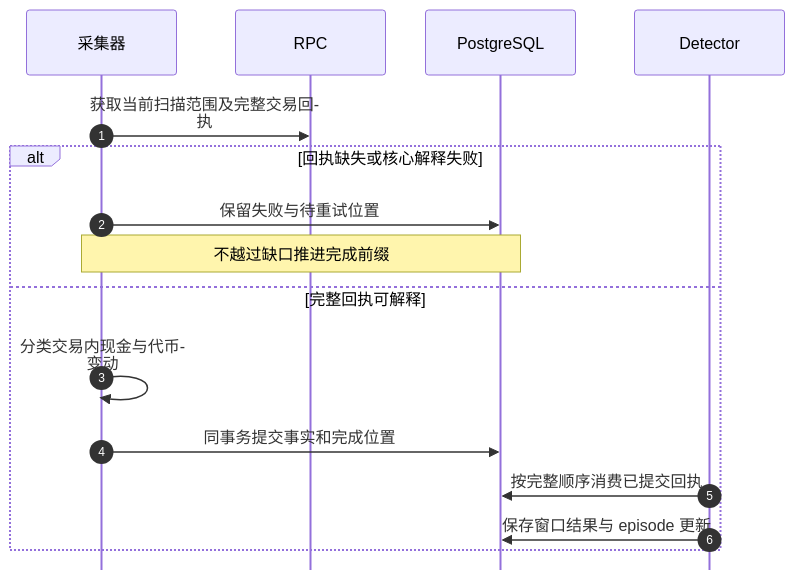
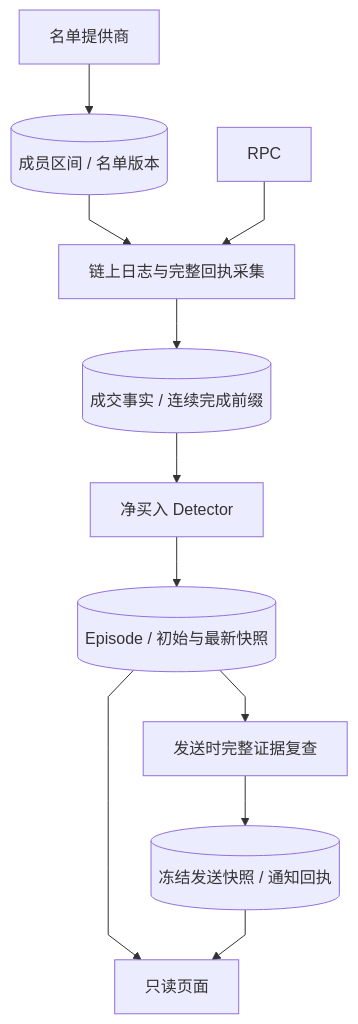
One commit to AnalyThothAI/tracefold changed the diagram in docs/modules/wallets.md. Above: the diagram before and after it, drawn with Mermaid. The commit also changed other lines of this file and 46 other files, not shown here.

Commit message:
docs: align handbook with current architecture and remove obsolete materials

````diff
--- a/docs/modules/wallets.md
+++ b/docs/modules/wallets.md
@@ -96,29 +17,21 @@
 ```mermaid
 ---
 config:
   fontFamily: "system-ui, Noto Sans CJK SC, Microsoft YaHei, WenQuanYi Zen Hei, sans-serif"
-  sequence:
-    mirrorActors: false
-    messageMargin: 28
-    actorMargin: 40
-    wrap: true
+  flowchart:
+    curve: linear
 ---
-sequenceDiagram
-    accTitle: 完整回执前缀的推进
-    accDescr: 回执缺失保留重试位置且不越过缺口。完整回执分类后，事实与完成位置在同一事务提交，Detector 按完整顺序消费。
-    autonumber
-    participant C as 采集器
-    participant R as RPC
-    participant D as PostgreSQL
-    participant N as Detector
-    C->>R: 获取当前扫描范围及完整交易回执
-    alt 回执缺失或核心解释失败
-        C->>D: 保留失败与待重试位置
-        Note over C,D: 不越过缺口推进完成前缀
-    else 完整回执可解释
-        C->>C: 分类交易内现金与代币变动
-        C->>D: 同事务提交事实和完成位置
-        N->>D: 按完整顺序消费已提交回执
-        N->>D: 保存窗口结果与 episode 更新
-    end
+flowchart TB
+  accTitle: 完整链上证据到净买入首报
+  accDescr: 已发布名单驱动独立链上采集，完整成交前缀进入 Detector 和 episode，发送时再次核查完整证据并冻结快照和回执，页面只读持久投影。
+  R[名单提供商] --> M[(成员区间 / 名单版本)]
+  M --> T[链上日志与完整回执采集]
+  RPC[RPC] --> T
+  T --> F[(成交事实 / 连续完成前缀)]
+  F --> D[净买入 Detector]
+  D --> E[(Episode / 初始与最新快照)]
+  E --> C[发送时完整证据复查]
+  C --> N[(冻结发送快照 / 通知回执)]
+  E --> UI[只读页面]
+  N --> UI
 ```
````
